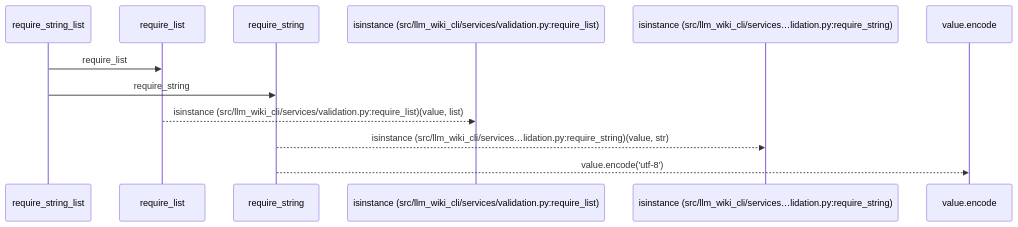
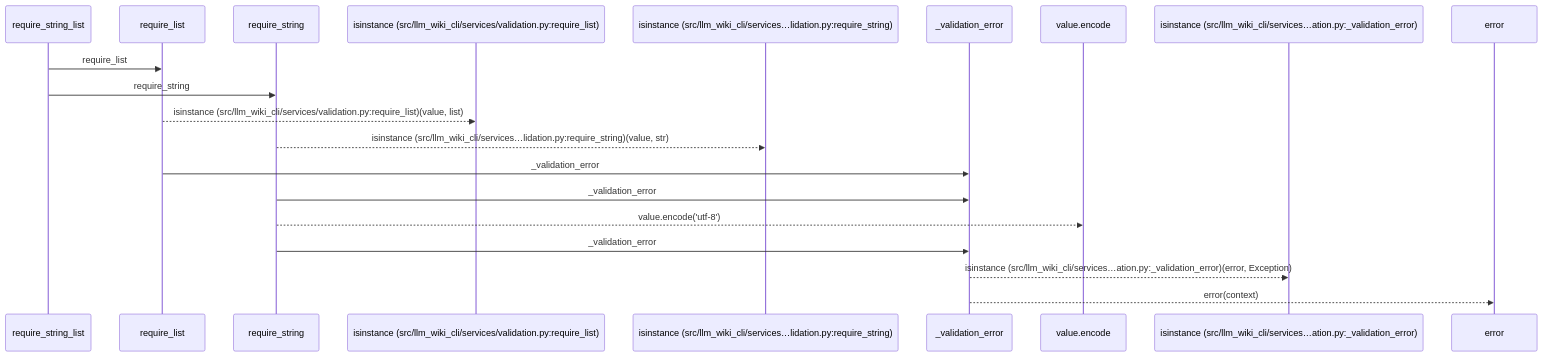
One commit to Denissvgn/python-wiki-llm changed the first of 2 diagrams in docs/llm_wiki/flows/api-require_string_list.md. Above: the diagram before and after it, drawn with Mermaid. The commit also changed other lines of this file and 627 other files, not shown here.

````diff
--- a/docs/llm_wiki/flows/api-require_string_list.md
+++ b/docs/llm_wiki/flows/api-require_string_list.md
@@ -12,14 +12,22 @@
 ```mermaid
 sequenceDiagram
     participant p0 as require_string_list
     participant p1 as require_list
     participant p2 as require_string
     participant p3 as isinstance (src/llm_wiki_cli/services/validation.py:require_list)
     participant p4 as isinstance (src/llm_wiki_cli/services…lidation.py:require_string)
-    participant p5 as value.encode
+    participant p5 as _validation_error
+    participant p6 as value.encode
+    participant p7 as isinstance (src/llm_wiki_cli/services…ation.py:_validation_error)
+    participant p8 as error
     p0->>p1: require_list
     p0->>p2: require_string
     p1-->>p3: isinstance (src/llm_wiki_cli/services/validation.py:require_list)(value, list)
     p2-->>p4: isinstance (src/llm_wiki_cli/services…lidation.py:require_string)(value, str)
-    p2-->>p5: value.encode('utf-8')
+    p1->>p5: _validation_error
+    p2->>p5: _validation_error
+    p2-->>p6: value.encode('utf-8')
+    p2->>p5: _validation_error
+    p5-->>p7: isinstance (src/llm_wiki_cli/services…ation.py:_validation_error)(error, Exception)
+    p5-->>p8: error(context)
 ```
````
